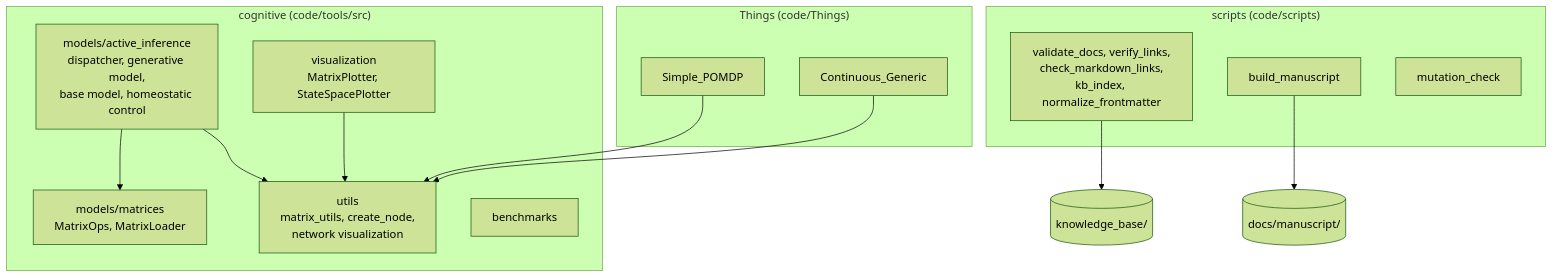
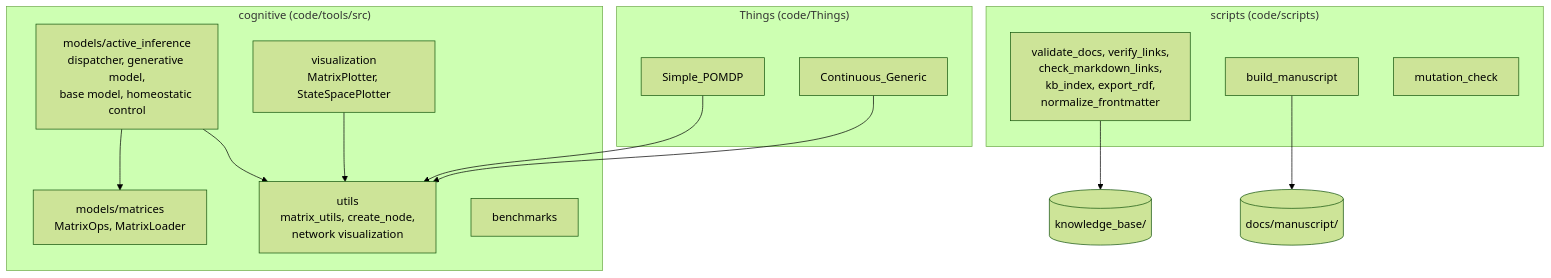
One commit to ActiveInferenceInstitute/cognitive changed the third of 8 diagrams in README.md. Above: the diagram before and after it, drawn with Mermaid (forest theme). The commit also changed other lines of this file and 18 other files, not shown here.

````diff
--- a/README.md
+++ b/README.md
@@ -151,26 +152,26 @@
 ```mermaid
 flowchart TB
     subgraph pkg ["cognitive  (code/tools/src)"]
         MODELS["models/active_inference<br/>dispatcher, generative model,<br/>base model, homeostatic control"]
         MATS["models/matrices<br/>MatrixOps, MatrixLoader"]
         UTILS["utils<br/>matrix_utils, create_node,<br/>network visualization"]
         VIZ["visualization<br/>MatrixPlotter, StateSpacePlotter"]
         BENCH["benchmarks"]
     end
     subgraph things ["Things  (code/Things)"]
         SP["Simple_POMDP"]
         CG["Continuous_Generic"]
     end
     subgraph scripts ["scripts  (code/scripts)"]
-        GATES["validate_docs, verify_links,<br/>check_markdown_links,<br/>kb_index, normalize_frontmatter"]
+        GATES["validate_docs, verify_links,<br/>check_markdown_links,<br/>kb_index, export_rdf,<br/>normalize_frontmatter"]
         MS["build_manuscript"]
         MUT["mutation_check"]
     end
     MODELS --> MATS
     MODELS --> UTILS
     SP --> UTILS
     CG --> UTILS
     VIZ --> UTILS
     GATES --> KB[("knowledge_base/")]
     MS --> MAN[("docs/manuscript/")]
 ```
````
